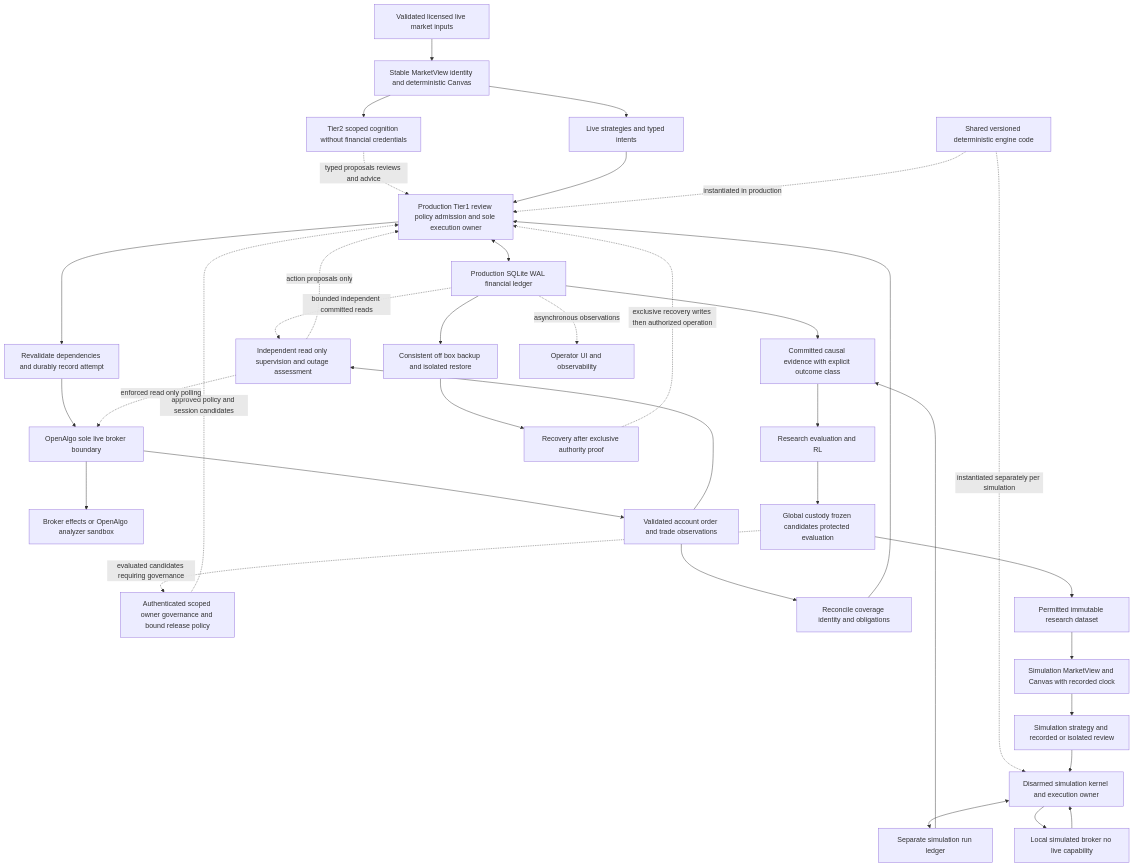
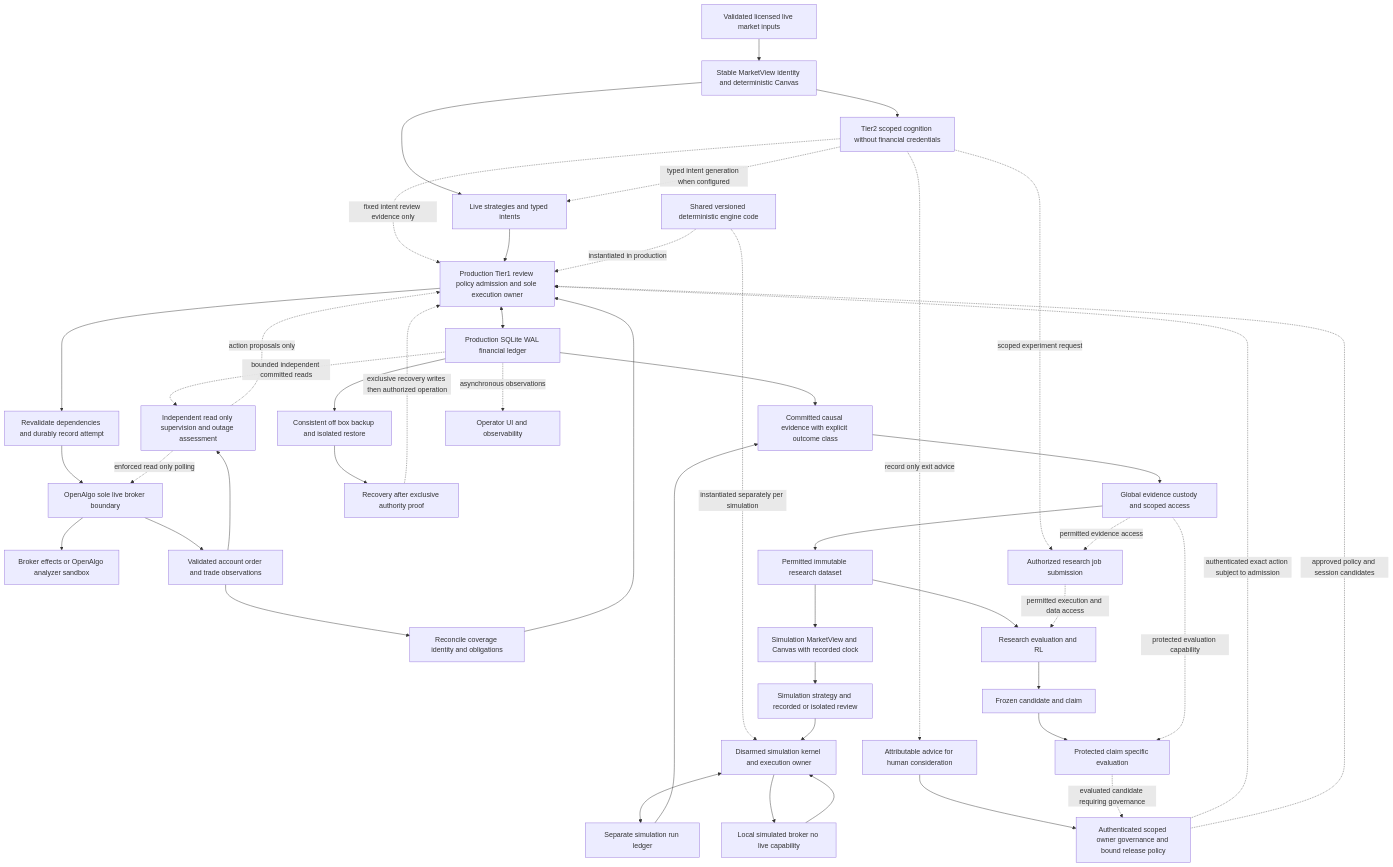
Before and after one commit to manojvermamv/AutonomousTradingArchitect: the second of 3 diagrams in README.md, drawn with Mermaid. The commit also changed other lines of this file and 1 other file, not shown here.

Commit message:
Record deployment and end-to-end architecture decisions

````diff
--- a/README.md
+++ b/README.md
@@ -451,38 +476,48 @@
 ```mermaid
 flowchart TB
   INPUT[Validated licensed live market inputs] --> MARKET[Stable MarketView identity and deterministic Canvas]
   MARKET --> DECIDE[Live strategies and typed intents]
   MARKET --> COG[Tier2 scoped cognition without financial credentials]
-  COG -. typed proposals reviews and advice .-> KERNEL
+  COG -. typed intent generation when configured .-> DECIDE
+  COG -. fixed intent review evidence only .-> KERNEL
+  COG -. record only exit advice .-> ADVICE[Attributable advice for human consideration]
+  ADVICE --> OWNER
+  OWNER -. authenticated exact action subject to admission .-> KERNEL
   DECIDE --> KERNEL[Production Tier1 review policy admission and sole execution owner]
   OWNER[Authenticated scoped owner governance and bound release policy] -. approved policy and session candidates .-> KERNEL
   KERNEL <--> LEDGER[Production SQLite WAL financial ledger]
   KERNEL --> DISPATCH[Revalidate dependencies and durably record attempt]
   DISPATCH --> OA[OpenAlgo sole live broker boundary]
   OA --> EFFECT[Broker effects or OpenAlgo analyzer sandbox]
   OA --> OBS[Validated account order and trade observations]
   OBS --> SUP[Independent read only supervision and outage assessment]
   LEDGER -. bounded independent committed reads .-> SUP
   SUP -. enforced read only polling .-> OA
   OBS --> RECON[Reconcile coverage identity and obligations]
   RECON --> KERNEL
   SUP -. action proposals only .-> KERNEL
   CODE[Shared versioned deterministic engine code] -. instantiated in production .-> KERNEL
   CODE -. instantiated separately per simulation .-> SKERNEL
   DEV[Permitted immutable research dataset] --> SVIEW[Simulation MarketView and Canvas with recorded clock]
   SVIEW --> SDEC[Simulation strategy and recorded or isolated review]
   SDEC --> SKERNEL[Disarmed simulation kernel and execution owner]
   SKERNEL <--> SLEDGER[Separate simulation run ledger]
   SKERNEL --> SBROKER[Local simulated broker no live capability]
   SBROKER --> SKERNEL
   LEDGER --> EV[Committed causal evidence with explicit outcome class]
   SLEDGER --> EV
-  EV --> LAB[Research evaluation and RL]
-  LAB --> CUSTODY[Global custody frozen candidates protected evaluation]
+  EV --> CUSTODY[Global evidence custody and scoped access]
   CUSTODY --> DEV
-  CUSTODY -. evaluated candidates requiring governance .-> OWNER
+  DEV --> LAB[Research evaluation and RL]
+  COG -. scoped experiment request .-> JOBS[Authorized research job submission]
+  JOBS -. permitted execution and data access .-> LAB
+  CUSTODY -. permitted evidence access .-> JOBS
+  LAB --> FREEZE[Frozen candidate and claim]
+  FREEZE --> EXAM[Protected claim specific evaluation]
+  CUSTODY -. protected evaluation capability .-> EXAM
+  EXAM -. evaluated candidate requiring governance .-> OWNER
   LEDGER --> BACKUP[Consistent off box backup and isolated restore]
   BACKUP --> REC[Recovery after exclusive authority proof]
   REC -. exclusive recovery writes then authorized operation .-> KERNEL
   LEDGER -. asynchronous observations .-> UI[Operator UI and observability]
 ```
````
